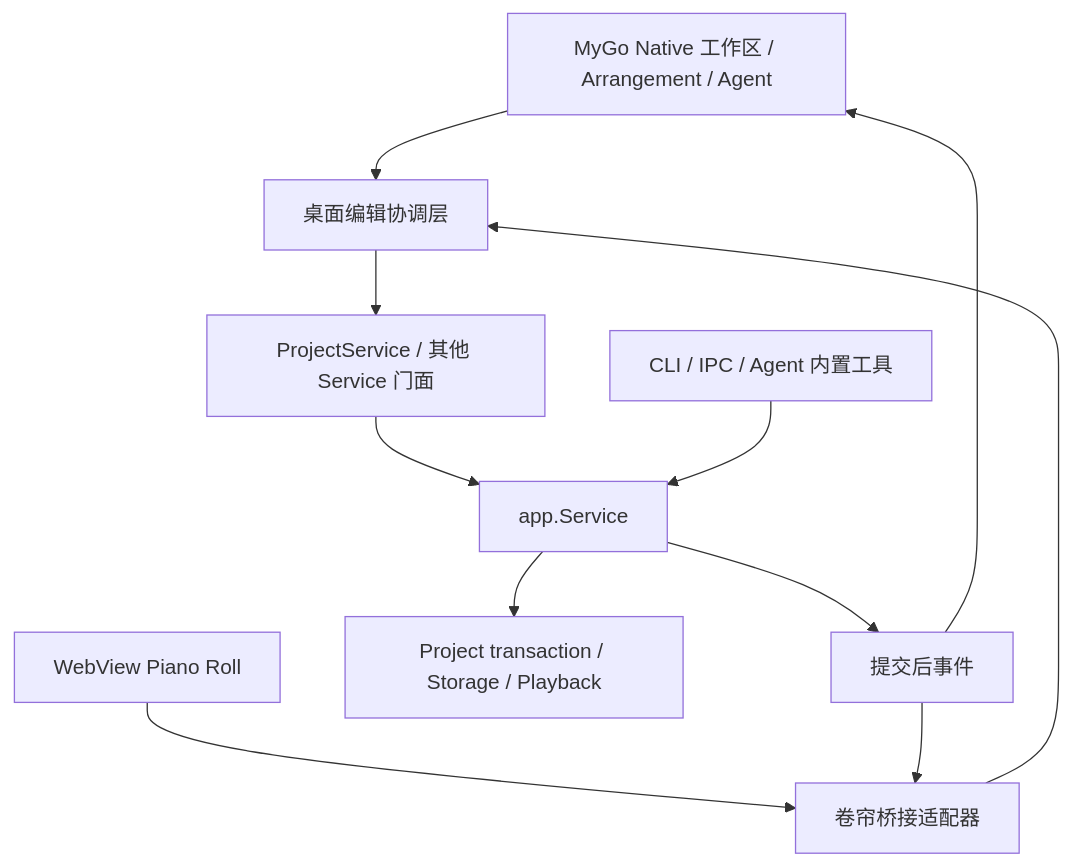
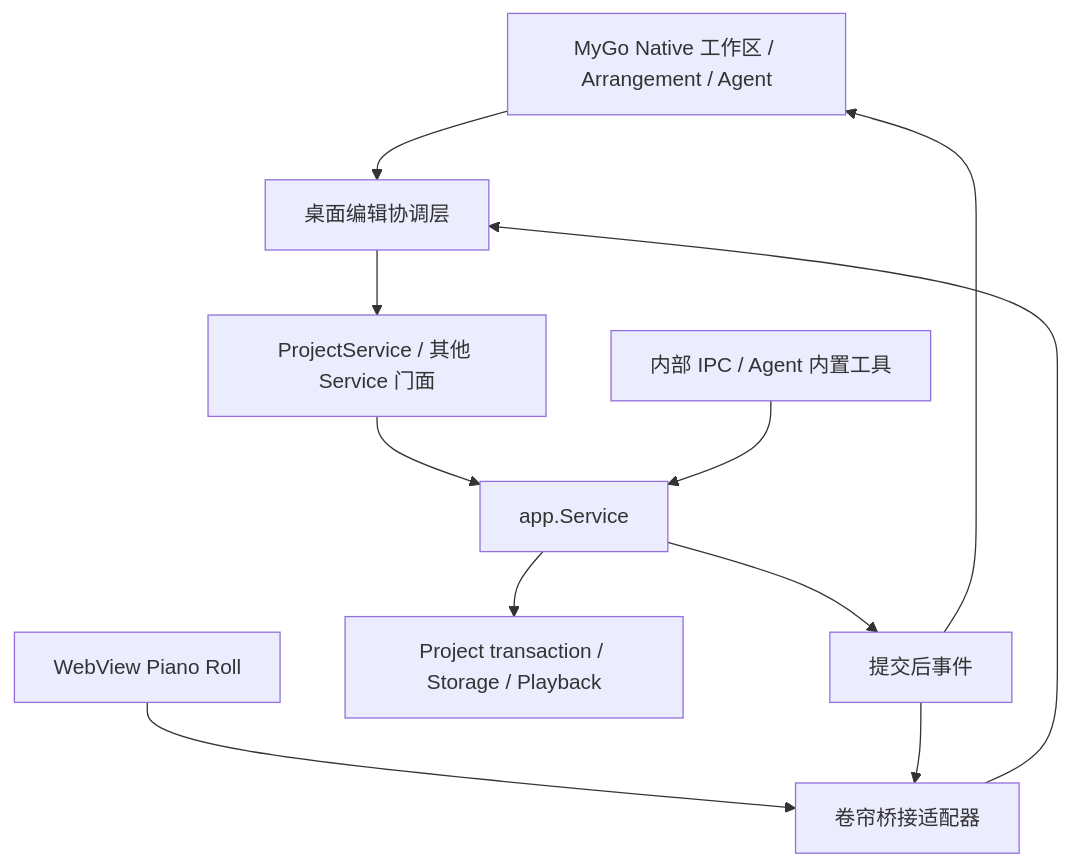
One commit to infinmalum/IceTudio changed the diagram in docs/mygo-migration.md. Above: the diagram before and after it, drawn with Mermaid. The commit also changed other lines of this file and 226 other files, not shown here.

````diff
--- a/docs/mygo-migration.md
+++ b/docs/mygo-migration.md
@@ -88,13 +88,13 @@
 ```mermaid
 flowchart TD
   N[MyGo Native 工作区 / Arrangement / Agent] --> C[桌面编辑协调层]
   W[WebView Piano Roll] --> B[卷帘桥接适配器]
   B --> C
   C --> S[ProjectService / 其他 Service 门面]
   S --> A[app.Service]
   A --> P[Project transaction / Storage / Playback]
-  CLI[CLI / IPC / Agent 内置工具] --> A
+  IPC[内部 IPC / Agent 内置工具] --> A
   A --> E[提交后事件]
   E --> N
   E --> B
 ```
````
